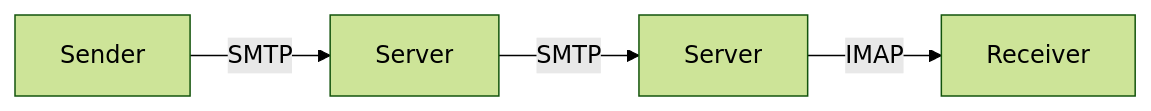
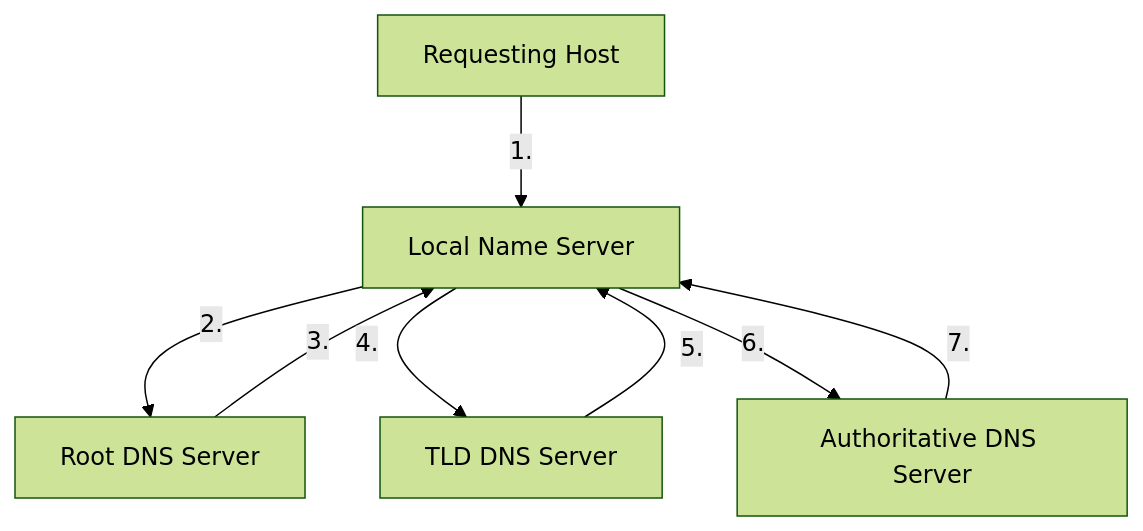
Before and after one commit to SiegeSailor/vault-personal: the fourth of 5 diagrams in master-notes/NOTE/docs/6@computer/10@layer/2@application.md, drawn with Mermaid (forest theme). The commit also changed other lines of this file and 3 other files, not shown here.

````diff
--- a/master-notes/NOTE/docs/6@computer/10@layer/2@application.md
+++ b/master-notes/NOTE/docs/6@computer/10@layer/2@application.md
@@ -38,6 +204,10 @@
 ```mermaid
-flowchart LR
-   A[Sender] --> |SMTP| B[Server];
-   B --> |SMTP| C[Server];
-   C --> |IMAP| D[Receiver];
+flowchart TB
+A[Requesting Host] --> |1.| B[Local Name Server]
+B --> |2.| C[Root DNS Server]
+C --> |3.| B
+B --> |4.| D[TLD DNS Server]
+D --> |5.| B
+B --> |6.| E[Authoritative DNS Server]
+E --> |7.| B
 ```
````
